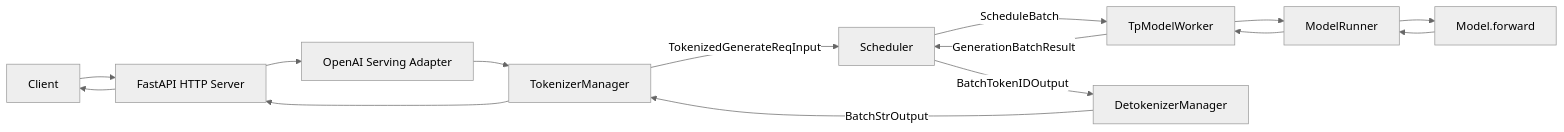
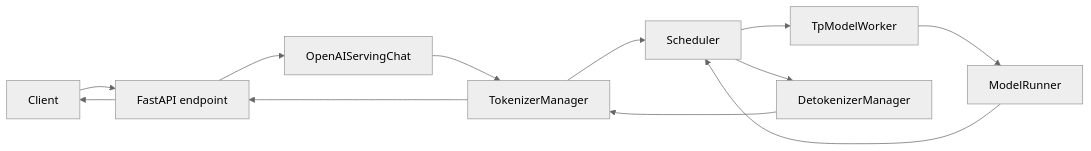
Before and after one commit to cl-vv-h/SGLang_Tutor: the first of 6 diagrams in learning/sglang-source-reading/01-request-lifecycle.md, drawn with Mermaid (neutral theme). The commit also changed other lines of this file and 4 other files, not shown here.

````diff
--- a/learning/sglang-source-reading/01-request-lifecycle.md
+++ b/learning/sglang-source-reading/01-request-lifecycle.md
@@ -13,17 +9,14 @@
 ```mermaid
 flowchart LR
-  Client["Client"] --> HTTP["FastAPI HTTP Server"]
-  HTTP --> OpenAI["OpenAI Serving Adapter"]
-  OpenAI --> TM["TokenizerManager"]
-  TM -->|TokenizedGenerateReqInput| SCH["Scheduler"]
-  SCH -->|ScheduleBatch| TP["TpModelWorker"]
+  Client["Client"] --> HTTP["FastAPI endpoint"]
+  HTTP --> Chat["OpenAIServingChat"]
+  Chat --> TM["TokenizerManager"]
+  TM --> SCH["Scheduler"]
+  SCH --> TP["TpModelWorker"]
   TP --> MR["ModelRunner"]
-  MR --> Model["Model.forward"]
-  Model --> MR
-  MR --> TP
-  TP -->|GenerationBatchResult| SCH
-  SCH -->|BatchTokenIDOutput| DETOK["DetokenizerManager"]
-  DETOK -->|BatchStrOutput| TM
+  MR --> SCH
+  SCH --> DETOK["DetokenizerManager"]
+  DETOK --> TM
   TM --> HTTP
   HTTP --> Client
 ```
````
